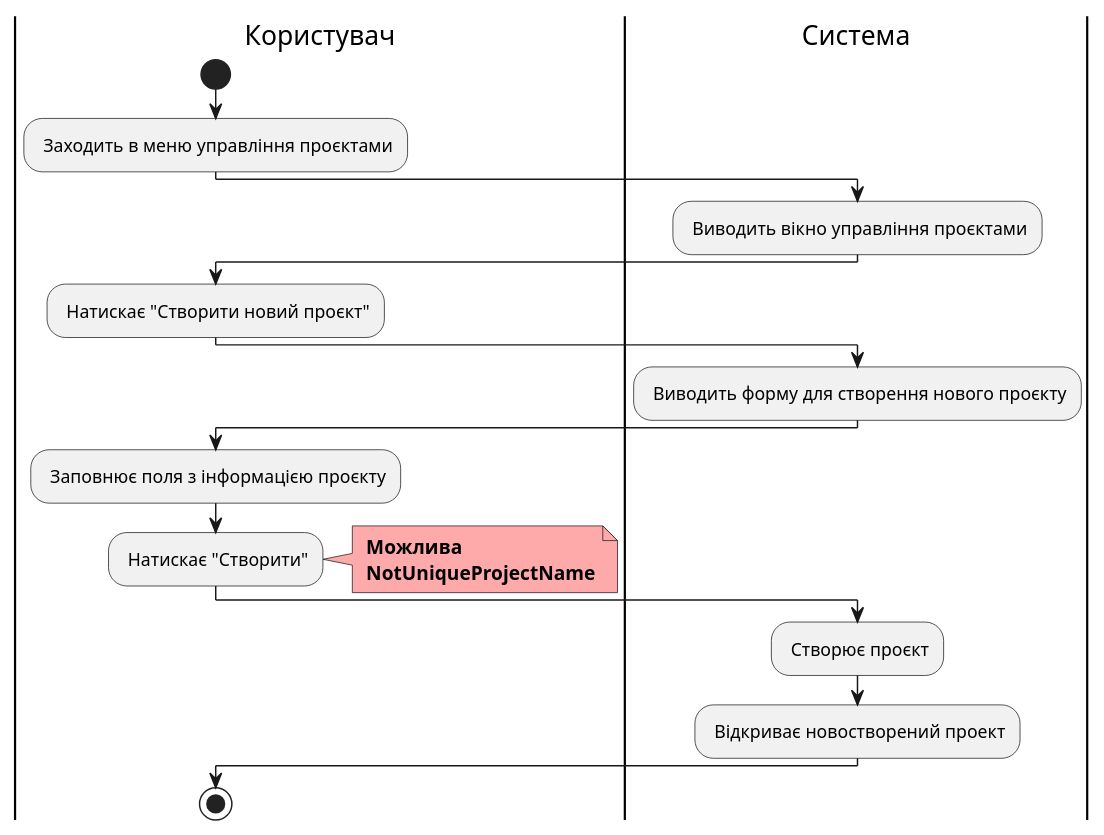
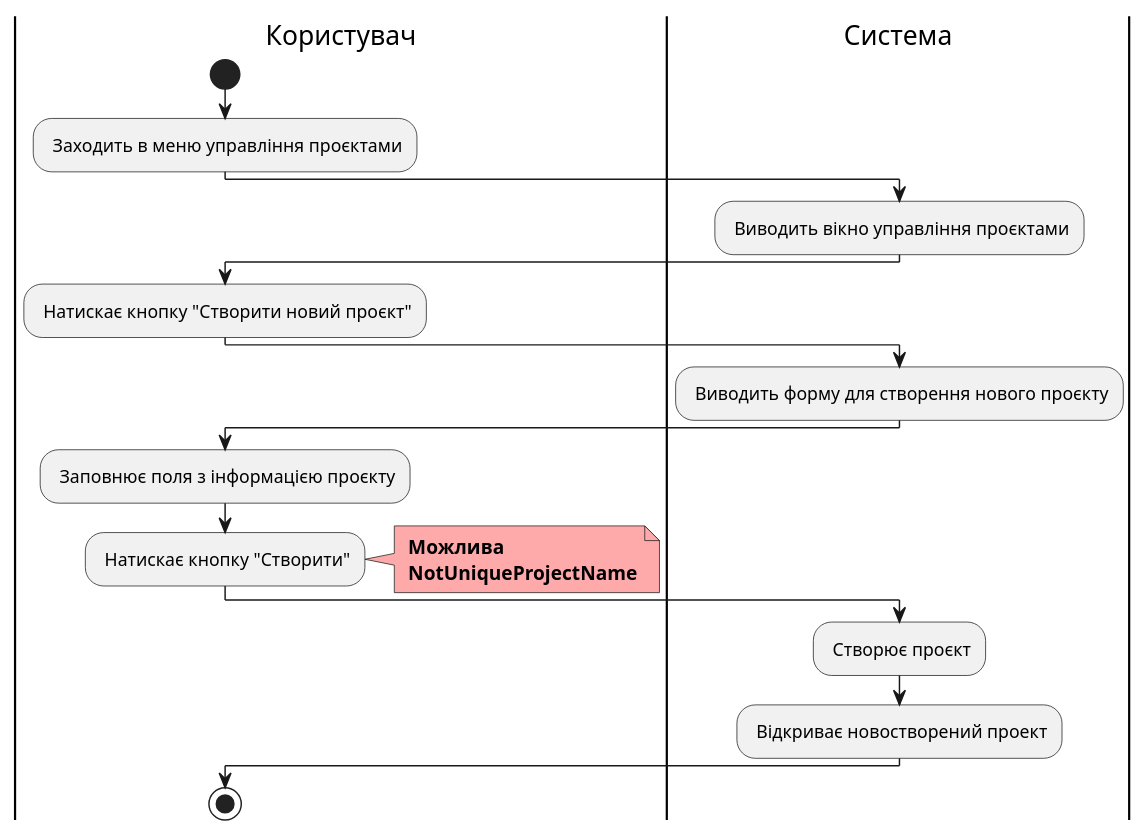
One commit to witchkaa/databases-course-work changed diagram 15 of 23 in docs/use cases/README.md. Above: the diagram before and after it, drawn with PlantUML. The commit also changed other lines of this file and 1 other file, not shown here.

```diff
--- a/docs/use cases/README.md
+++ b/docs/use cases/README.md
@@ -582,30 +582,30 @@
 @startuml
 
     |Користувач|
     start;
     : Заходить в меню управління проєктами;
 
     |Система|
         : Виводить вікно управління проєктами;
 
     |Користувач|
-    : Натискає "Створити новий проєкт";
+    : Натискає кнопку "Створити новий проєкт";
     
     |Система|
     : Виводить форму для створення нового проєкту;
 
     |Користувач|
     : Заповнює поля з інформацією проєкту;
-    : Натискає "Створити";
+    : Натискає кнопку "Створити";
     note right #ffaaaa
     <b> Можлива
     <b> NotUniqueProjectName
     end note
 
     |Система|
     : Створює проєкт;
     : Відкриває новостворений проект;
 
     |Користувач|
         stop;
 @enduml
```
